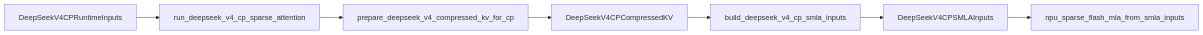
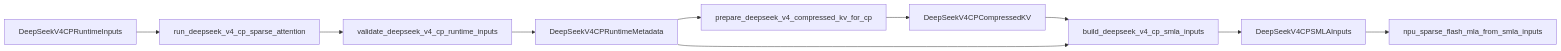
One commit to ChemLez/Megatron-Note changed the third of 9 diagrams in features/context_parallel/chapter-03-mindspeed-deepseek-v4-context-parallel.md. Above: the diagram before and after it, drawn with Mermaid. The commit also changed other lines of this file and 1 other file, not shown here.

Commit message:
docs: expand deepseek v4 cp integration notes

````diff
--- a/features/context_parallel/chapter-03-mindspeed-deepseek-v4-context-parallel.md
+++ b/features/context_parallel/chapter-03-mindspeed-deepseek-v4-context-parallel.md
@@ -191,9 +304,12 @@
 ```mermaid
 flowchart LR
     A["DeepSeekV4CPRuntimeInputs"] --> B["run_deepseek_v4_cp_sparse_attention"]
-    B --> C["prepare_deepseek_v4_compressed_kv_for_cp"]
-    C --> D["DeepSeekV4CPCompressedKV"]
-    D --> E["build_deepseek_v4_cp_smla_inputs"]
-    E --> F["DeepSeekV4CPSMLAInputs"]
-    F --> G["npu_sparse_flash_mla_from_smla_inputs"]
+    B --> C["validate_deepseek_v4_cp_runtime_inputs"]
+    C --> D["DeepSeekV4CPRuntimeMetadata"]
+    D --> E["prepare_deepseek_v4_compressed_kv_for_cp"]
+    E --> F["DeepSeekV4CPCompressedKV"]
+    F --> G["build_deepseek_v4_cp_smla_inputs"]
+    D --> G
+    G --> H["DeepSeekV4CPSMLAInputs"]
+    H --> I["npu_sparse_flash_mla_from_smla_inputs"]
 ```
````
